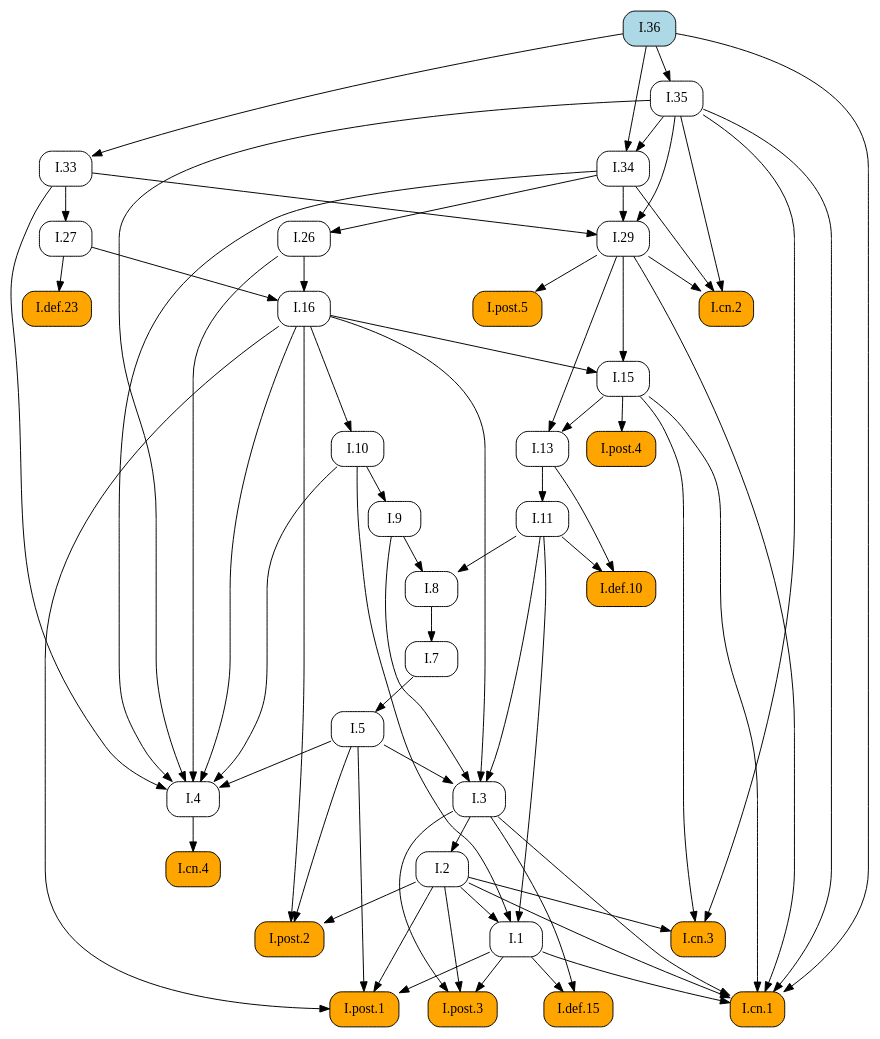
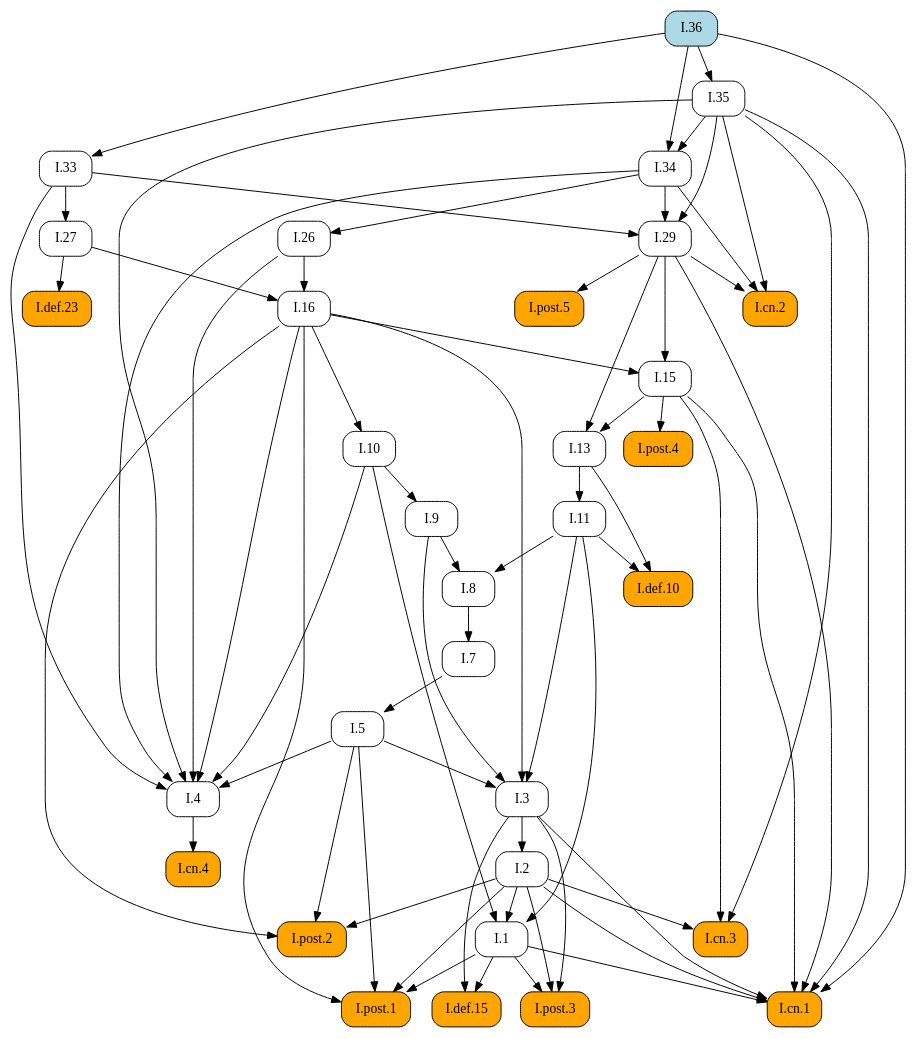
Before and after one commit to geometor/elements: the diagram in docsrc/elements2/I/36/index.rst, drawn with Graphviz. The commit also changed other lines of this file and 171 other files, not shown here.

```diff
--- a/docsrc/elements2/I/36/index.rst
+++ b/docsrc/elements2/I/36/index.rst
@@ -43,80 +43,59 @@
    digraph {
      rankdir="TB";
      node [shape=box, style=rounded];
+     "I.8" [URL="/elements2/I/8/", target="_top"];
+     "I.post.3" [style="rounded,filled", fillcolor=orange, URL="/elements2/I/post.3/", target="_top"];
+     "I.cn.3" [style="rounded,filled", fillcolor=orange, URL="/elements2/I/cn.3/", target="_top"];
+     "I.cn.4" [style="rounded,filled", fillcolor=orange, URL="/elements2/I/cn.4/", target="_top"];
+     "I.1" [URL="/elements2/I/1/", target="_top"];
+     "I.36" [style="rounded,filled", fillcolor=lightblue, URL="/elements2/I/36/", target="_top"];
+     "I.7" [URL="/elements2/I/7/", target="_top"];
+     "I.post.1" [style="rounded,filled", fillcolor=orange, URL="/elements2/I/post.1/", target="_top"];
+     "I.9" [URL="/elements2/I/9/", target="_top"];
+     "I.33" [URL="/elements2/I/33/", target="_top"];
+     "I.5" [URL="/elements2/I/5/", target="_top"];
+     "I.post.5" [style="rounded,filled", fillcolor=orange, URL="/elements2/I/post.5/", target="_top"];
+     "I.cn.1" [style="rounded,filled", fillcolor=orange, URL="/elements2/I/cn.1/", target="_top"];
+     "I.29" [URL="/elements2/I/29/", target="_top"];
+     "I.def.10" [style="rounded,filled", fillcolor=orange, URL="/elements2/I/def.10/", target="_top"];
      "I.16" [URL="/elements2/I/16/", target="_top"];
-     "I.def.10" [style="rounded,filled", fillcolor=orange, URL="/elements2/I/def.10/", target="_top"];
+     "I.post.4" [style="rounded,filled", fillcolor=orange, URL="/elements2/I/post.4/", target="_top"];
+     "I.cn.2" [style="rounded,filled", fillcolor=orange, URL="/elements2/I/cn.2/", target="_top"];
+     "I.13" [URL="/elements2/I/13/", target="_top"];
+     "I.35" [URL="/elements2/I/35/", target="_top"];
+     "I.2" [URL="/elements2/I/2/", target="_top"];
+     "I.27" [URL="/elements2/I/27/", target="_top"];
+     "I.def.15" [style="rounded,filled", fillcolor=orange, URL="/elements2/I/def.15/", target="_top"];
+     "I.4" [URL="/elements2/I/4/", target="_top"];
+     "I.11" [URL="/elements2/I/11/", target="_top"];
+     "I.10" [URL="/elements2/I/10/", target="_top"];
+     "I.15" [URL="/elements2/I/15/", target="_top"];
+     "I.3" [URL="/elements2/I/3/", target="_top"];
      "I.def.23" [style="rounded,filled", fillcolor=orange, URL="/elements2/I/def.23/", target="_top"];
-     "I.9" [URL="/elements2/I/9/", target="_top"];
-     "I.2" [URL="/elements2/I/2/", target="_top"];
-     "I.cn.2" [style="rounded,filled", fillcolor=orange, URL="/elements2/I/cn.2/", target="_top"];
-     "I.15" [URL="/elements2/I/15/", target="_top"];
+     "I.post.2" [style="rounded,filled", fillcolor=orange, URL="/elements2/I/post.2/", target="_top"];
+     "I.34" [URL="/elements2/I/34/", target="_top"];
      "I.26" [URL="/elements2/I/26/", target="_top"];
-     "I.post.5" [style="rounded,filled", fillcolor=orange, URL="/elements2/I/post.5/", target="_top"];
-     "I.8" [URL="/elements2/I/8/", target="_top"];
-     "I.34" [URL="/elements2/I/34/", target="_top"];
-     "I.cn.4" [style="rounded,filled", fillcolor=orange, URL="/elements2/I/cn.4/", target="_top"];
-     "I.def.15" [style="rounded,filled", fillcolor=orange, URL="/elements2/I/def.15/", target="_top"];
-     "I.post.3" [style="rounded,filled", fillcolor=orange, URL="/elements2/I/post.3/", target="_top"];
-     "I.1" [URL="/elements2/I/1/", target="_top"];
-     "I.35" [URL="/elements2/I/35/", target="_top"];
-     "I.36" [style="rounded,filled", fillcolor=lightblue, URL="/elements2/I/36/", target="_top"];
-     "I.27" [URL="/elements2/I/27/", target="_top"];
-     "I.post.2" [style="rounded,filled", fillcolor=orange, URL="/elements2/I/post.2/", target="_top"];
-     "I.13" [URL="/elements2/I/13/", target="_top"];
-     "I.33" [URL="/elements2/I/33/", target="_top"];
-     "I.10" [URL="/elements2/I/10/", target="_top"];
-     "I.post.1" [style="rounded,filled", fillcolor=orange, URL="/elements2/I/post.1/", target="_top"];
-     "I.7" [URL="/elements2/I/7/", target="_top"];
-     "I.post.4" [style="rounded,filled", fillcolor=orange, URL="/elements2/I/post.4/", target="_top"];
-     "I.cn.1" [style="rounded,filled", fillcolor=orange, URL="/elements2/I/cn.1/", target="_top"];
-     "I.3" [URL="/elements2/I/3/", target="_top"];
-     "I.cn.3" [style="rounded,filled", fillcolor=orange, URL="/elements2/I/cn.3/", target="_top"];
-     "I.11" [URL="/elements2/I/11/", target="_top"];
-     "I.29" [URL="/elements2/I/29/", target="_top"];
-     "I.5" [URL="/elements2/I/5/", target="_top"];
-     "I.4" [URL="/elements2/I/4/", target="_top"];
-     "I.26" -> "I.16";
-     "I.27" -> "I.16";
-     "I.11" -> "I.def.10";
-     "I.13" -> "I.def.10";
-     "I.27" -> "I.def.23";
-     "I.10" -> "I.9";
-     "I.3" -> "I.2";
-     "I.29" -> "I.cn.2";
-     "I.34" -> "I.cn.2";
-     "I.35" -> "I.cn.2";
-     "I.16" -> "I.15";
-     "I.29" -> "I.15";
-     "I.34" -> "I.26";
-     "I.29" -> "I.post.5";
      "I.9" -> "I.8";
      "I.11" -> "I.8";
-     "I.35" -> "I.34";
-     "I.36" -> "I.34";
-     "I.4" -> "I.cn.4";
-     "I.1" -> "I.def.15";
-     "I.3" -> "I.def.15";
      "I.1" -> "I.post.3";
      "I.2" -> "I.post.3";
      "I.3" -> "I.post.3";
+     "I.2" -> "I.cn.3";
+     "I.15" -> "I.cn.3";
+     "I.35" -> "I.cn.3";
+     "I.4" -> "I.cn.4";
      "I.2" -> "I.1";
      "I.10" -> "I.1";
      "I.11" -> "I.1";
-     "I.36" -> "I.35";
-     "I.33" -> "I.27";
-     "I.2" -> "I.post.2";
-     "I.5" -> "I.post.2";
-     "I.16" -> "I.post.2";
-     "I.15" -> "I.13";
-     "I.29" -> "I.13";
-     "I.36" -> "I.33";
-     "I.16" -> "I.10";
+     "I.8" -> "I.7";
      "I.1" -> "I.post.1";
      "I.2" -> "I.post.1";
      "I.5" -> "I.post.1";
      "I.16" -> "I.post.1";
-     "I.8" -> "I.7";
-     "I.15" -> "I.post.4";
+     "I.10" -> "I.9";
+     "I.36" -> "I.33";
+     "I.7" -> "I.5";
+     "I.29" -> "I.post.5";
      "I.1" -> "I.cn.1";
      "I.2" -> "I.cn.1";
      "I.3" -> "I.cn.1";
@@ -124,18 +103,24 @@
      "I.29" -> "I.cn.1";
      "I.35" -> "I.cn.1";
      "I.36" -> "I.cn.1";
-     "I.5" -> "I.3";
-     "I.9" -> "I.3";
-     "I.11" -> "I.3";
-     "I.16" -> "I.3";
-     "I.2" -> "I.cn.3";
-     "I.15" -> "I.cn.3";
-     "I.35" -> "I.cn.3";
-     "I.13" -> "I.11";
      "I.33" -> "I.29";
      "I.34" -> "I.29";
      "I.35" -> "I.29";
-     "I.7" -> "I.5";
+     "I.11" -> "I.def.10";
+     "I.13" -> "I.def.10";
+     "I.26" -> "I.16";
+     "I.27" -> "I.16";
+     "I.15" -> "I.post.4";
+     "I.29" -> "I.cn.2";
+     "I.34" -> "I.cn.2";
+     "I.35" -> "I.cn.2";
+     "I.15" -> "I.13";
+     "I.29" -> "I.13";
+     "I.36" -> "I.35";
+     "I.3" -> "I.2";
+     "I.33" -> "I.27";
+     "I.1" -> "I.def.15";
+     "I.3" -> "I.def.15";
      "I.5" -> "I.4";
      "I.10" -> "I.4";
      "I.16" -> "I.4";
@@ -143,4 +128,19 @@
      "I.33" -> "I.4";
      "I.34" -> "I.4";
      "I.35" -> "I.4";
+     "I.13" -> "I.11";
+     "I.16" -> "I.10";
+     "I.16" -> "I.15";
+     "I.29" -> "I.15";
+     "I.5" -> "I.3";
+     "I.9" -> "I.3";
+     "I.11" -> "I.3";
+     "I.16" -> "I.3";
+     "I.27" -> "I.def.23";
+     "I.2" -> "I.post.2";
+     "I.5" -> "I.post.2";
+     "I.16" -> "I.post.2";
+     "I.35" -> "I.34";
+     "I.36" -> "I.34";
+     "I.34" -> "I.26";
    }
```
